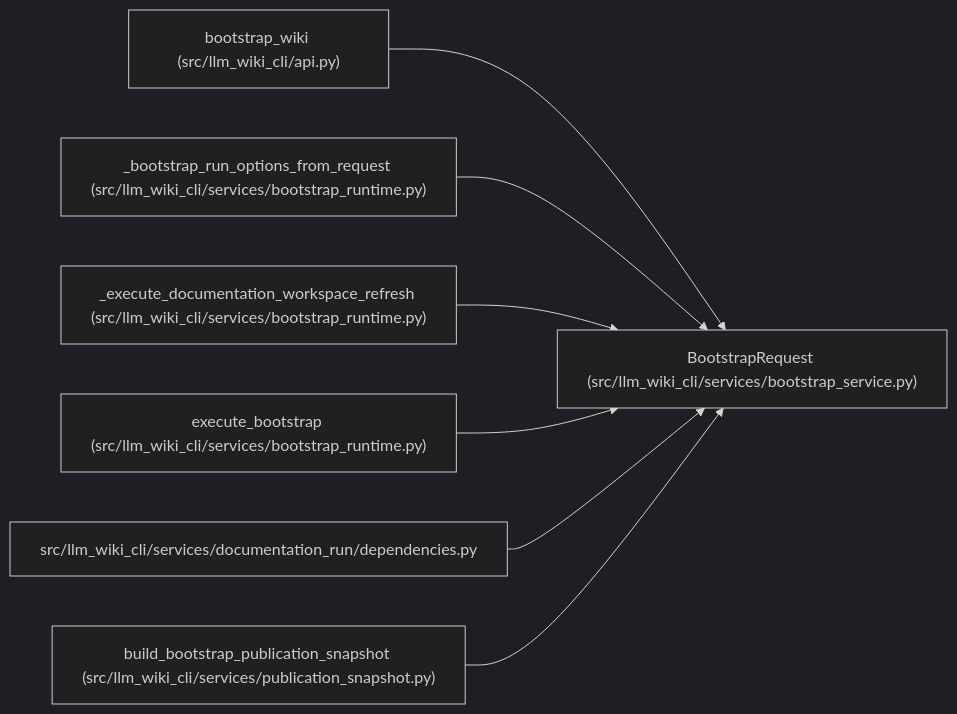
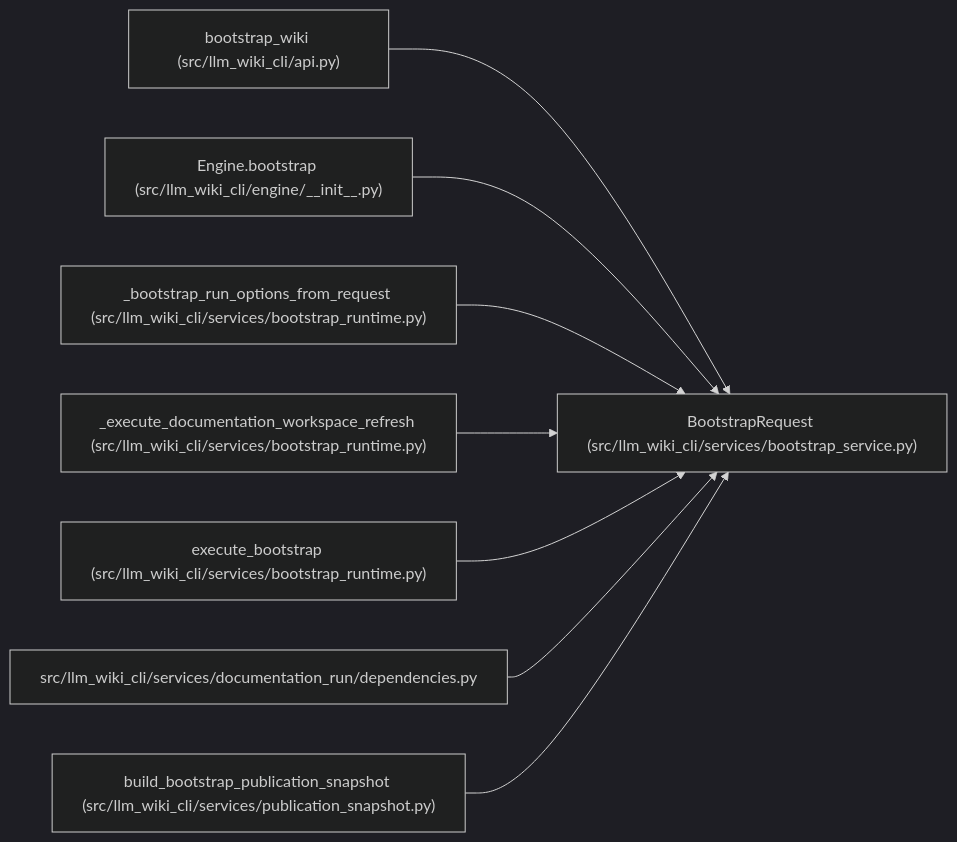
One commit to Denissvgn/python-wiki-llm changed the diagram in docs/llm_wiki/entities/BootstrapRequest.md. Above: the diagram before and after it, drawn with Mermaid (dark theme). The commit also changed other lines of this file and 1555 other files, not shown here.

First line of the commit message:
docs: refresh the wiki for the engine layer

````diff
--- a/docs/llm_wiki/entities/BootstrapRequest.md
+++ b/docs/llm_wiki/entities/BootstrapRequest.md
@@ -51,23 +51,26 @@
 ```mermaid
 flowchart LR
     n0["BootstrapRequest (src/llm_wiki_cli/services/bootstrap_service.py)"]
     n1["bootstrap_wiki (src/llm_wiki_cli/api.py)"]
-    n2["_bootstrap_run_options_from_request (src/llm_wiki_cli/services/bootstrap_runtime.py)"]
-    n3["_execute_documentation_workspace_refresh (src/llm_wiki_cli/services/bootstrap_runtime.py)"]
-    n4["execute_bootstrap (src/llm_wiki_cli/services/bootstrap_runtime.py)"]
-    n5["src/llm_wiki_cli/services/documentation_run/dependencies.py"]
-    n6["build_bootstrap_publication_snapshot (src/llm_wiki_cli/services/publication_snapshot.py)"]
+    n2["Engine.bootstrap (src/llm_wiki_cli/engine/__init__.py)"]
+    n3["_bootstrap_run_options_from_request (src/llm_wiki_cli/services/bootstrap_runtime.py)"]
+    n4["_execute_documentation_workspace_refresh (src/llm_wiki_cli/services/bootstrap_runtime.py)"]
+    n5["execute_bootstrap (src/llm_wiki_cli/services/bootstrap_runtime.py)"]
+    n6["src/llm_wiki_cli/services/documentation_run/dependencies.py"]
+    n7["build_bootstrap_publication_snapshot (src/llm_wiki_cli/services/publication_snapshot.py)"]
     n1 --> n0
     n2 --> n0
     n3 --> n0
     n4 --> n0
     n5 --> n0
     n6 --> n0
+    n7 --> n0
     click n0 "../modules/bootstrap_service.md"
     click n1 "../modules/api.md"
-    click n2 "../modules/bootstrap_runtime.md"
+    click n2 "../modules/engine___init__.md"
     click n3 "../modules/bootstrap_runtime.md"
     click n4 "../modules/bootstrap_runtime.md"
-    click n5 "../modules/documentation_run_dependencies.md"
-    click n6 "../modules/publication_snapshot.md"
+    click n5 "../modules/bootstrap_runtime.md"
+    click n6 "../modules/documentation_run_dependencies.md"
+    click n7 "../modules/publication_snapshot.md"
 ```
````
